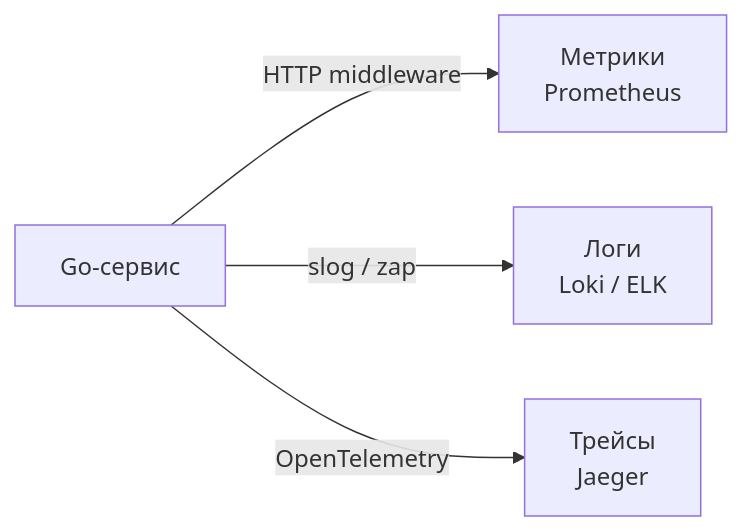
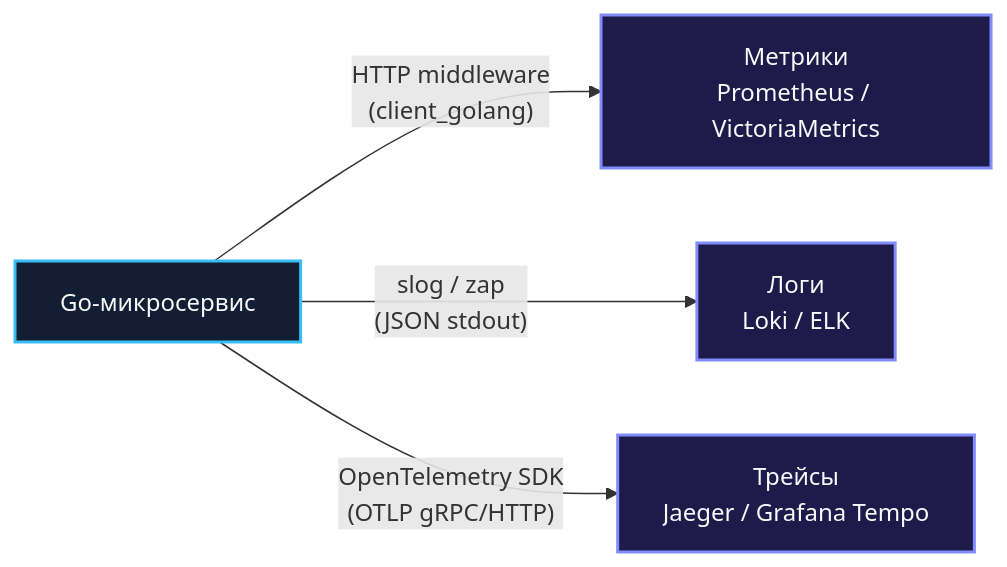
The second of 5 diagrams in sources/11. Архитектура и System Design/39. Observability в архитектуре. Metrics, Logs, Traces.md (UnrealTemplier/go-textbook), drawn with Mermaid before and after one commit. The commit also changed other lines of this file, not shown here.

````diff
--- a/sources/11. Архитектура и System Design/39. Observability в архитектуре. Metrics, Logs, Traces.md
+++ b/sources/11. Архитектура и System Design/39. Observability в архитектуре. Metrics, Logs, Traces.md
@@ -15,11 +48,16 @@
 ```mermaid
 flowchart LR
-    Service["Go-сервис"]
-    Metrics["Метрики<br>Prometheus"]
+    Service["Go-микросервис"]
+    Metrics["Метрики<br>Prometheus / VictoriaMetrics"]
     Logs["Логи<br>Loki / ELK"]
-    Traces["Трейсы<br>Jaeger"]
+    Traces["Трейсы<br>Jaeger / Grafana Tempo"]
 
-    Service -->|"HTTP middleware"| Metrics
-    Service -->|"slog / zap"| Logs
-    Service -->|"OpenTelemetry"| Traces
+    Service -->|"HTTP middleware<br>(client_golang)"| Metrics
+    Service -->|"slog / zap<br>(JSON stdout)"| Logs
+    Service -->|"OpenTelemetry SDK<br>(OTLP gRPC/HTTP)"| Traces
+
+    classDef srv fill:#131d33,stroke:#38bdf8,stroke-width:2px,color:#f8fafc;
+    classDef dst fill:#1e1b4b,stroke:#818cf8,stroke-width:2px,color:#f8fafc;
+    class Service srv;
+    class Metrics,Logs,Traces dst;
 ```
````
